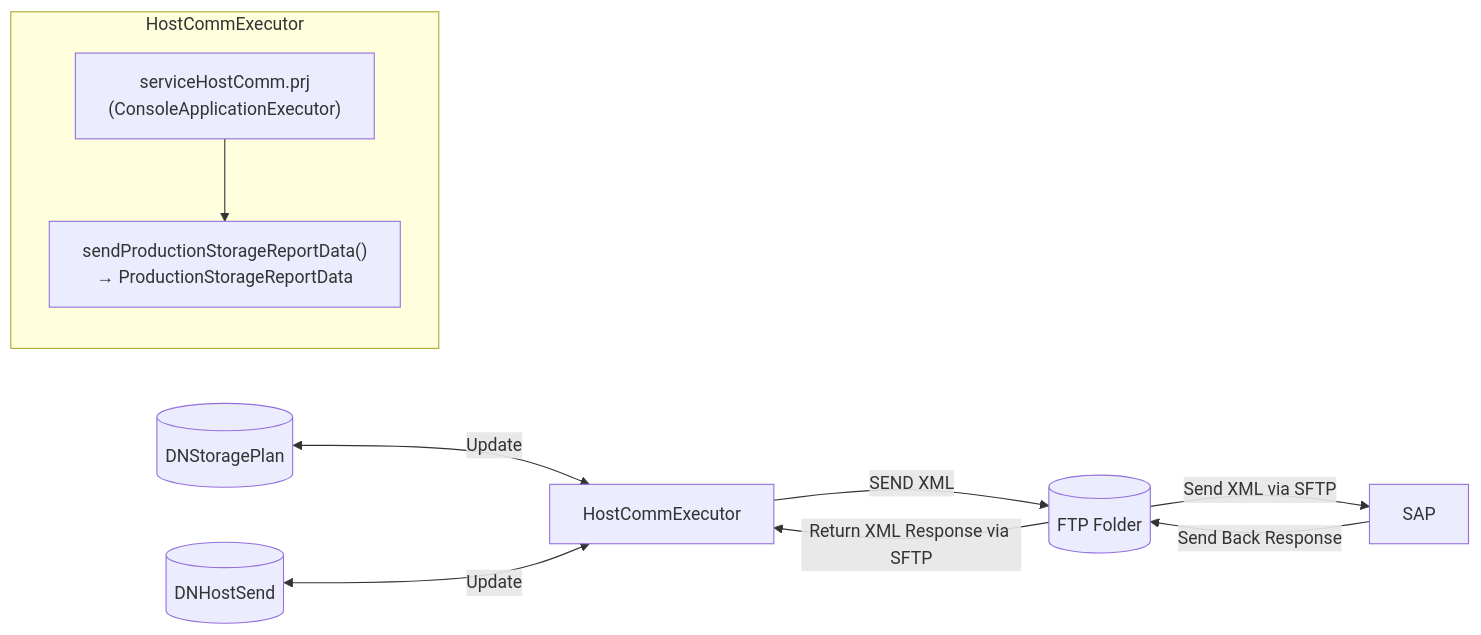
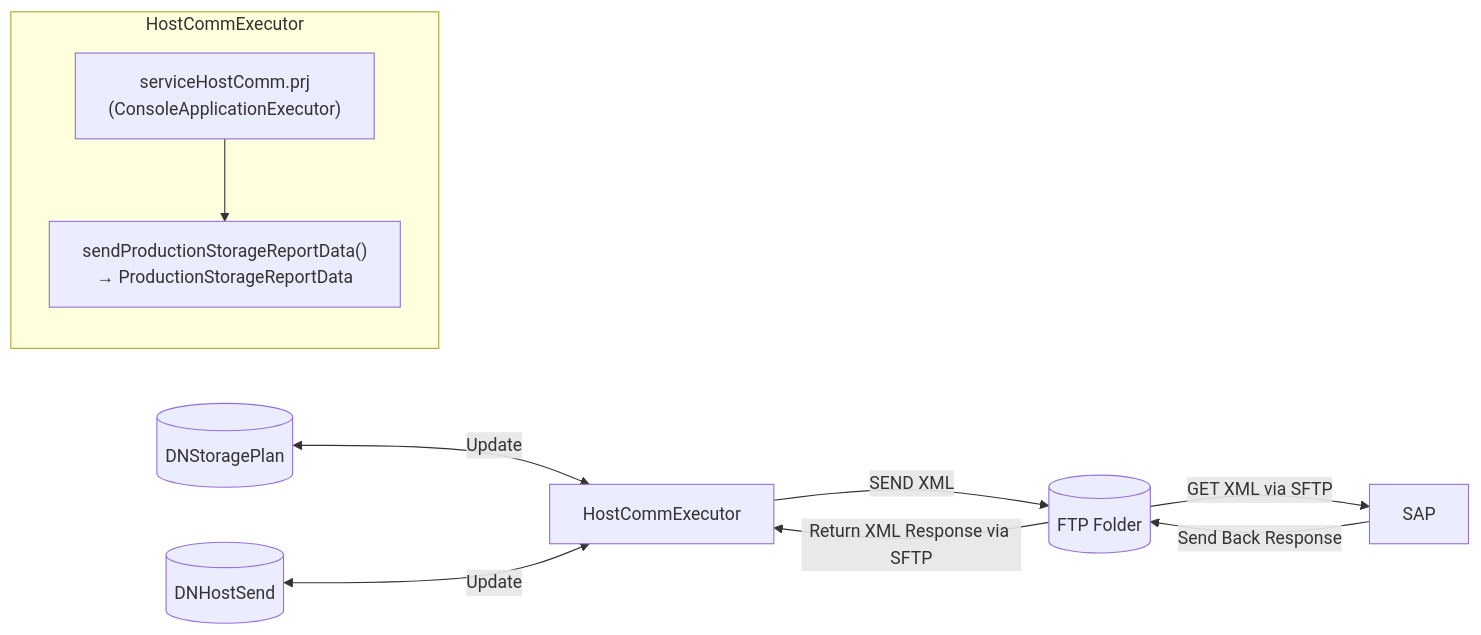
The diagram in Basic-Design/Host-Interfaces/Send-Method/Production-Storage-Result.md (luthfiadityaa/SimeDarby-Wiki), drawn with Mermaid before and after one commit.

Commit message:
Updated Production Storage Result

```diff
--- a/Basic-Design/Host-Interfaces/Send-Method/Production-Storage-Result.md
+++ b/Basic-Design/Host-Interfaces/Send-Method/Production-Storage-Result.md
@@ -11,15 +11,15 @@
 ::: mermaid
 flowchart LR
     A[HostCommExecutor] --> |SEND XML| C[(FTP Folder)]
-    C -->|Send XML via SFTP| D[SAP]
+    C -->|GET XML via SFTP| D[SAP]
     D -->|Send Back Response| C
     C -->|Return XML Response via SFTP| A
     E[(DNStoragePlan)] <--> |Update| A
     F[(DNHostSend)] <--> |Update| A
 
      subgraph HostCommExecutor
         C1["serviceHostComm.prj<br>(ConsoleApplicationExecutor)"]
         C2["sendProductionStorageReportData()<br>→ ProductionStorageReportData"]
         C1 --> C2
     end
 :::
```
